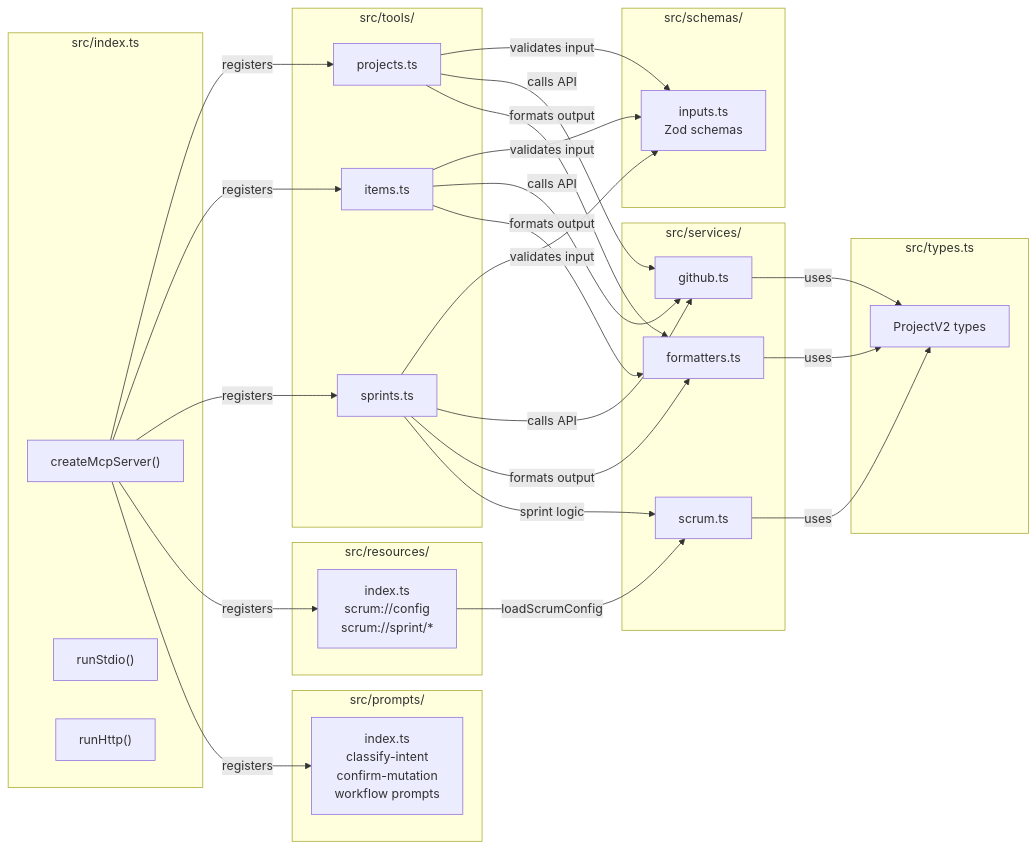
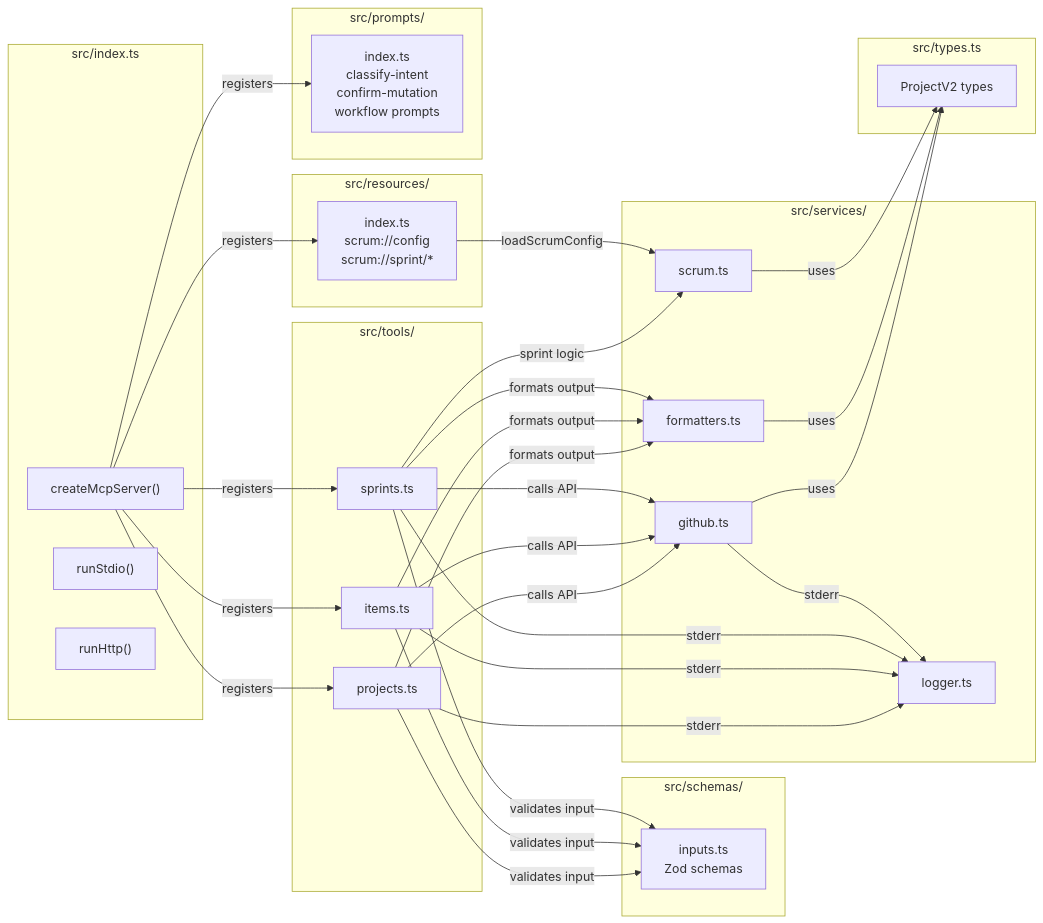
Before and after one commit to hoonsubin/github-projects-mcp-server: the second of 6 diagrams in README.md, drawn with Mermaid. The commit also changed other lines of this file, not shown here.

````diff
--- a/README.md
+++ b/README.md
@@ -68,45 +68,47 @@
 ```mermaid
 flowchart LR
     subgraph Entry["src/index.ts"]
         FACTORY["createMcpServer()"]
         STDIO_T["runStdio()"]
         HTTP_T["runHttp()"]
     end
 
     subgraph Tools["src/tools/"]
         PT["projects.ts"]
         IT["items.ts"]
         ST["sprints.ts"]
     end
 
     subgraph Resources["src/resources/"]
         RES["index.ts\nscrum://config\nscrum://sprint/*"]
     end
 
     subgraph Prompts["src/prompts/"]
         PRO["index.ts\nclassify-intent\nconfirm-mutation\nworkflow prompts"]
     end
 
     subgraph Schemas["src/schemas/"]
         ZOD["inputs.ts\nZod schemas"]
     end
 
     subgraph Services["src/services/"]
         GH["github.ts"]
+        LOG["logger.ts"]
         FMTS["formatters.ts"]
         SCRUM["scrum.ts"]
     end
 
     subgraph Types["src/types.ts"]
         TY["ProjectV2 types"]
     end
 
     FACTORY -->|registers| PT & IT & ST
     FACTORY -->|registers| RES & PRO
     PT & IT & ST -->|validates input| ZOD
     PT & IT & ST -->|calls API| GH
     PT & IT & ST -->|formats output| FMTS
+    PT & IT & ST & GH -->|stderr| LOG
     ST -->|sprint logic| SCRUM
     RES -->|loadScrumConfig| SCRUM
     GH & FMTS & SCRUM -->|uses| TY
 ```
````
